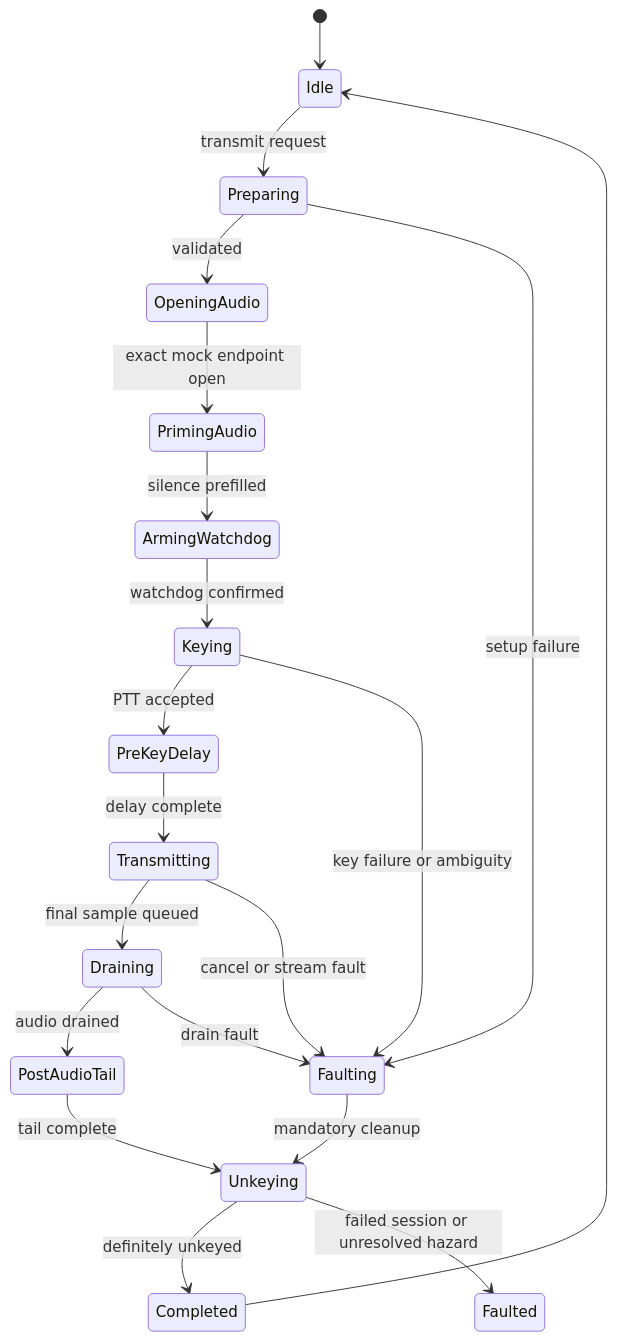
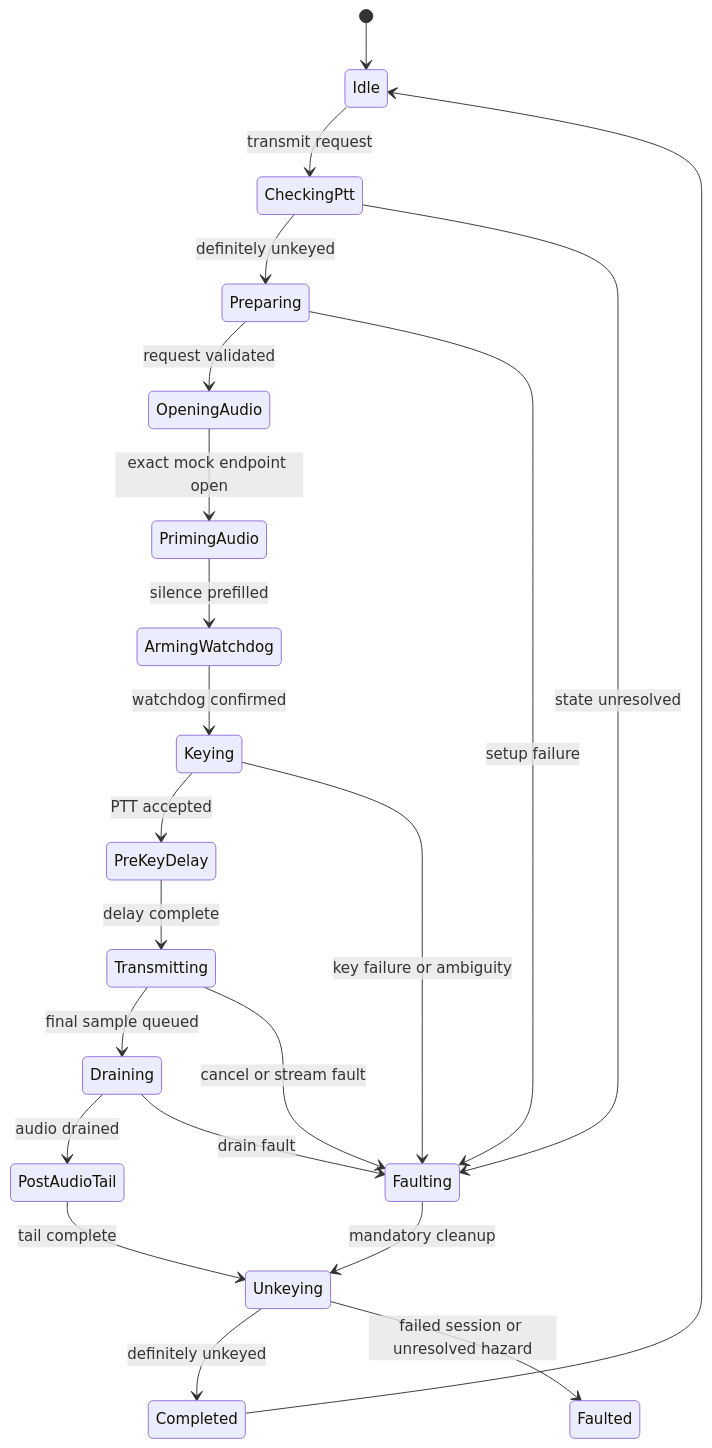
The second of 2 diagrams in docs/ARCHITECTURE.md (M6VPN/scanline-sstv), drawn with Mermaid before and after one commit. The commit also changed other lines of this file and 19 other files, not shown here.

````diff
--- a/docs/ARCHITECTURE.md
+++ b/docs/ARCHITECTURE.md
@@ -291,22 +305,24 @@
 ```mermaid
 stateDiagram-v2
   [*] --> Idle
-  Idle --> Preparing: transmit request
-  Preparing --> OpeningAudio: validated
+  Idle --> CheckingPtt: transmit request
+  CheckingPtt --> Preparing: definitely unkeyed
+  Preparing --> OpeningAudio: request validated
   OpeningAudio --> PrimingAudio: exact mock endpoint open
   PrimingAudio --> ArmingWatchdog: silence prefilled
   ArmingWatchdog --> Keying: watchdog confirmed
   Keying --> PreKeyDelay: PTT accepted
   PreKeyDelay --> Transmitting: delay complete
   Transmitting --> Draining: final sample queued
   Draining --> PostAudioTail: audio drained
   PostAudioTail --> Unkeying: tail complete
   Unkeying --> Completed: definitely unkeyed
   Completed --> Idle
+  CheckingPtt --> Faulting: state unresolved
   Preparing --> Faulting: setup failure
   Keying --> Faulting: key failure or ambiguity
   Transmitting --> Faulting: cancel or stream fault
   Draining --> Faulting: drain fault
   Faulting --> Unkeying: mandatory cleanup
   Unkeying --> Faulted: failed session or unresolved hazard
 ```
````
